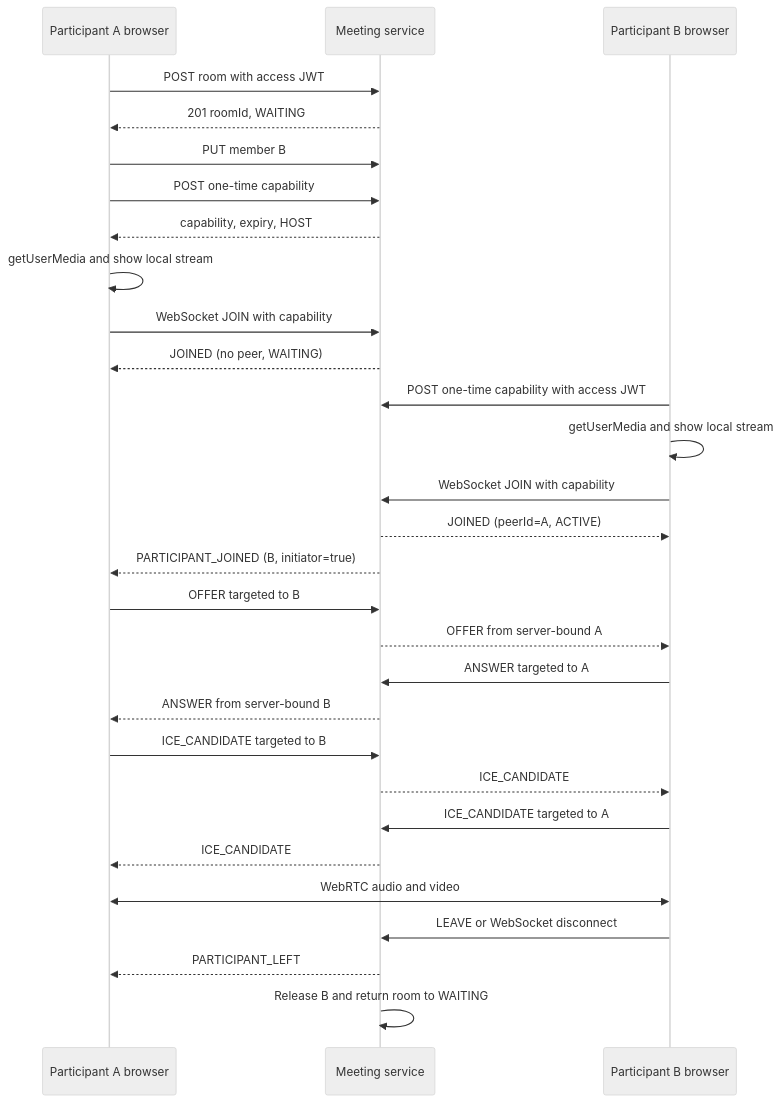
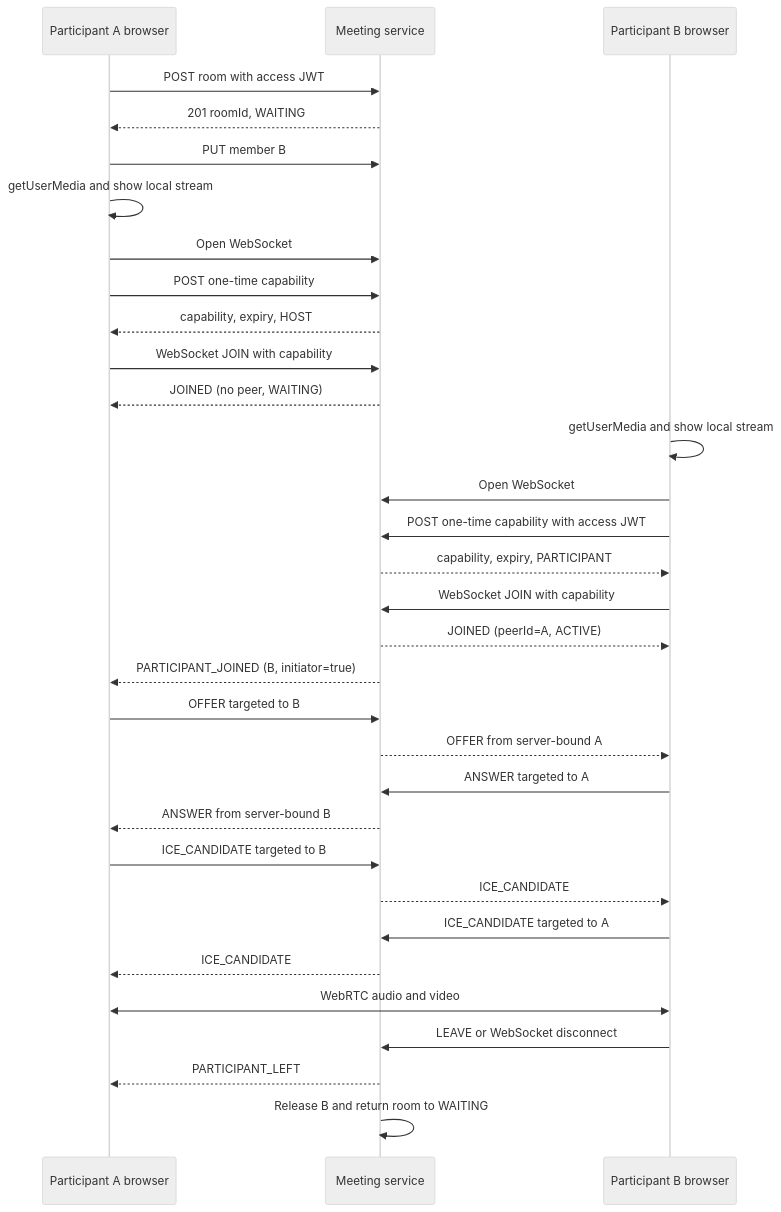
Before and after one commit to svirinagalina/advent-academy: the second of 3 diagrams in docs/meeting-service.md, drawn with Mermaid (neutral theme). The commit also changed other lines of this file and 9 other files, not shown here.

````diff
--- a/docs/meeting-service.md
+++ b/docs/meeting-service.md
@@ -66,32 +66,35 @@
 ```mermaid
 sequenceDiagram
     participant A as Participant A browser
     participant S as Meeting service
     participant B as Participant B browser
 
     A->>S: POST room with access JWT
     S-->>A: 201 roomId, WAITING
     A->>S: PUT member B
+    A->>A: getUserMedia and show local stream
+    A->>S: Open WebSocket
     A->>S: POST one-time capability
     S-->>A: capability, expiry, HOST
-    A->>A: getUserMedia and show local stream
     A->>S: WebSocket JOIN with capability
     S-->>A: JOINED (no peer, WAITING)
+    B->>B: getUserMedia and show local stream
+    B->>S: Open WebSocket
     B->>S: POST one-time capability with access JWT
-    B->>B: getUserMedia and show local stream
+    S-->>B: capability, expiry, PARTICIPANT
     B->>S: WebSocket JOIN with capability
     S-->>B: JOINED (peerId=A, ACTIVE)
     S-->>A: PARTICIPANT_JOINED (B, initiator=true)
     A->>S: OFFER targeted to B
     S-->>B: OFFER from server-bound A
     B->>S: ANSWER targeted to A
     S-->>A: ANSWER from server-bound B
     A->>S: ICE_CANDIDATE targeted to B
     S-->>B: ICE_CANDIDATE
     B->>S: ICE_CANDIDATE targeted to A
     S-->>A: ICE_CANDIDATE
     A<<->>B: WebRTC audio and video
     B->>S: LEAVE or WebSocket disconnect
     S-->>A: PARTICIPANT_LEFT
     S->>S: Release B and return room to WAITING
 ```
````
